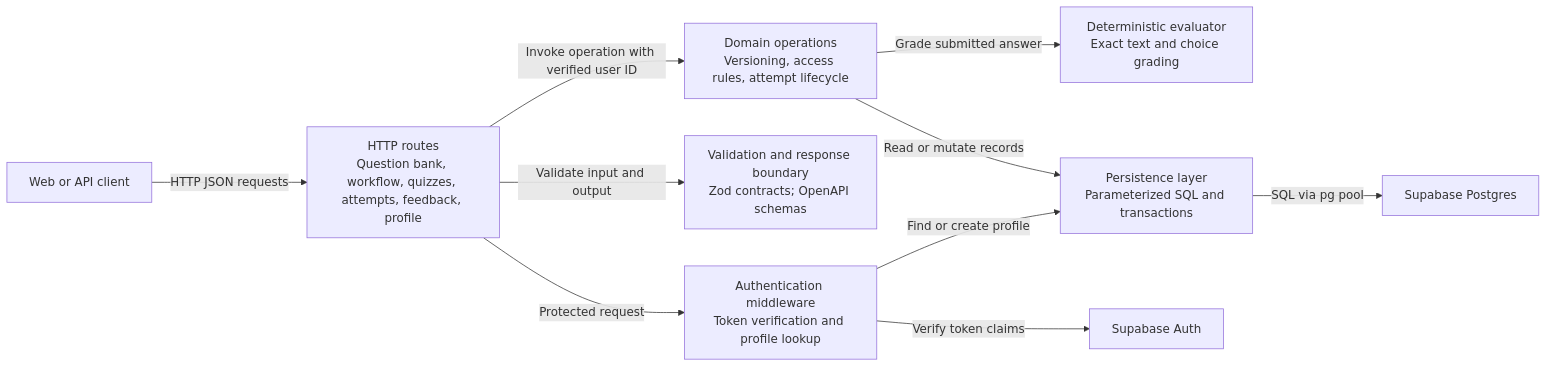
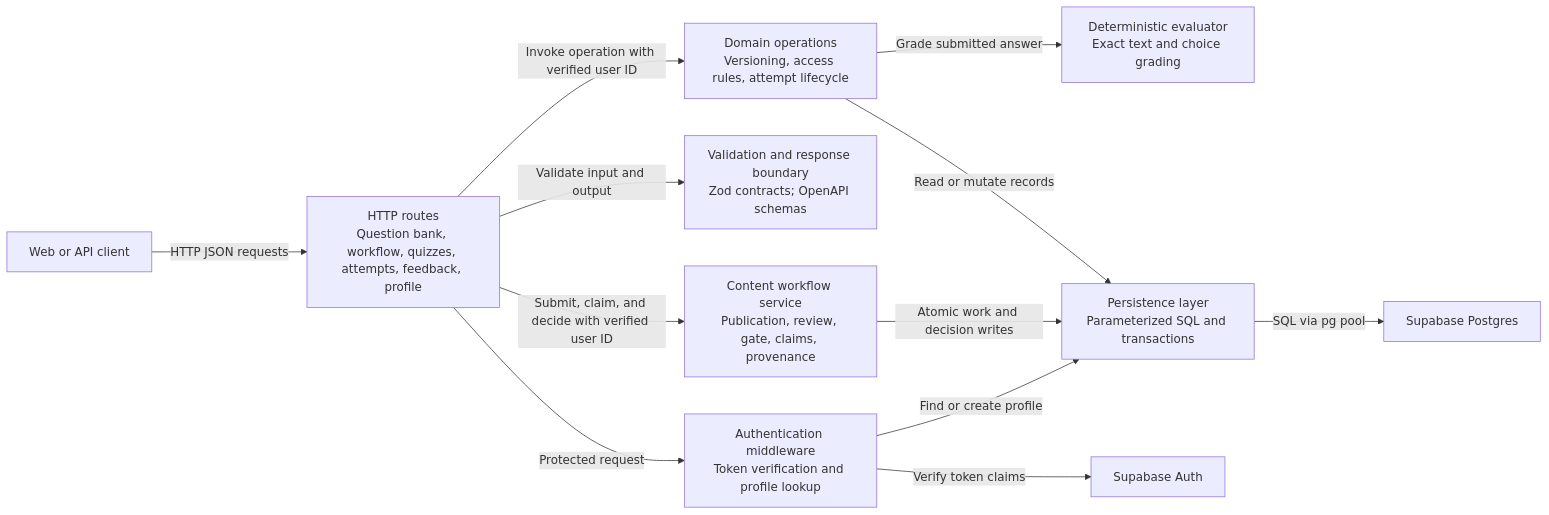
One commit to crennie/quiz-builder changed the diagram in docs/architecture/static/components/api.md. Above: the diagram before and after it, drawn with Mermaid. The commit also changed other lines of this file and 13 other files, not shown here.

Commit message:
Document all content workflow phases

````diff
--- a/docs/architecture/static/components/api.md
+++ b/docs/architecture/static/components/api.md
@@ -5,22 +5,25 @@
 ```mermaid
 flowchart LR
     client["Web or API client"]
     routes["HTTP routes<br/>Question bank, workflow, quizzes, attempts, feedback, profile"]
     auth["Authentication middleware<br/>Token verification and profile lookup"]
     contracts["Validation and response boundary<br/>Zod contracts; OpenAPI schemas"]
     domain["Domain operations<br/>Versioning, access rules, attempt lifecycle"]
+    workflow["Content workflow service<br/>Publication, review, gate, claims, provenance"]
     evaluator["Deterministic evaluator<br/>Exact text and choice grading"]
     persistence["Persistence layer<br/>Parameterized SQL and transactions"]
     supa["Supabase Auth"]
     db["Supabase Postgres"]
 
     client -->|HTTP JSON requests| routes
     routes -->|Protected request| auth
     auth -->|Verify token claims| supa
     auth -->|Find or create profile| persistence
     routes -->|Validate input and output| contracts
     routes -->|Invoke operation with verified user ID| domain
+    routes -->|Submit, claim, and decide with verified user ID| workflow
+    workflow -->|Atomic work and decision writes| persistence
     domain -->|Grade submitted answer| evaluator
     domain -->|Read or mutate records| persistence
     persistence -->|SQL via pg pool| db
 ```
````
